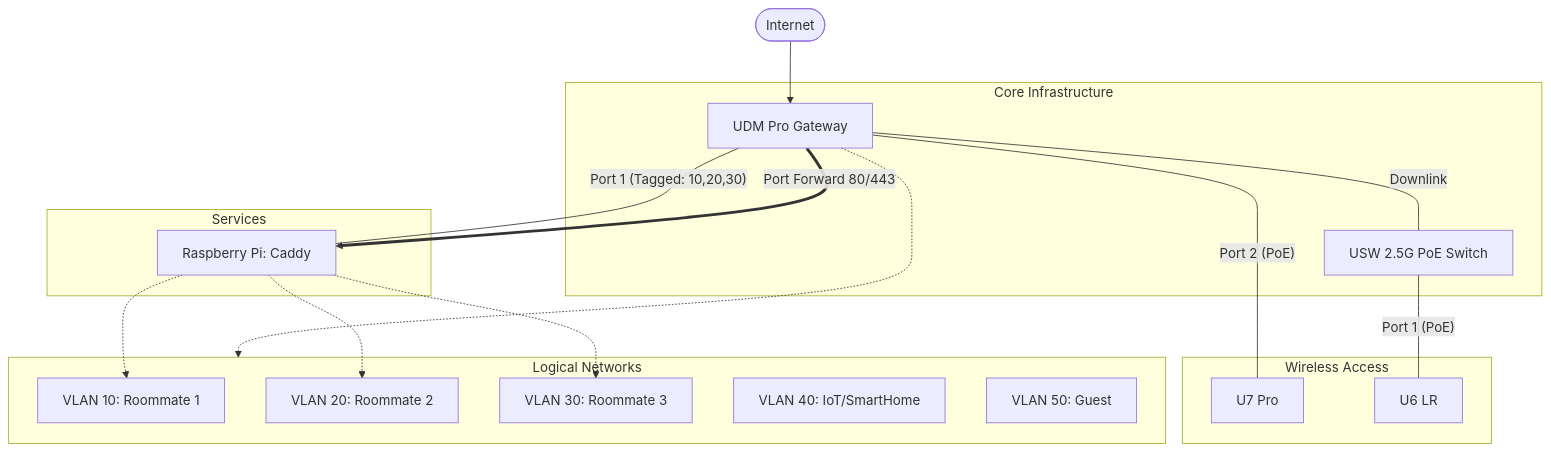
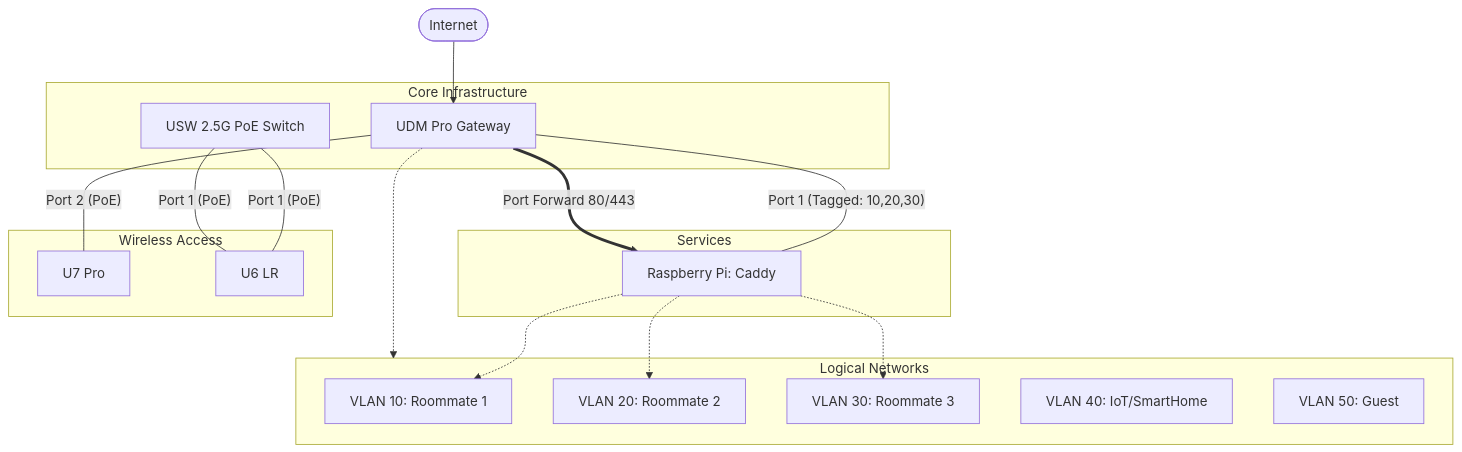
The diagram in README.md (cthul00/homelab-net), drawn with Mermaid before and after one commit.

Commit message:
docs: manual updates to network topology

````diff
--- a/README.md
+++ b/README.md
@@ -6,46 +6,46 @@
 ```mermaid
 graph TD
     %% Internet Connection
     WAN([Internet]) --> UDM
 
     subgraph Core ["Core Infrastructure"]
         UDM[UDM Pro Gateway]
         USW[USW 2.5G PoE Switch]
     end
 
-    %% Physical Connections from UDM
+    %% Physical Connections
     UDM -- "Port 1 (Tagged: 10,20,30)" --- Caddy
     UDM -- "Port 2 (PoE)" --- U7
-    UDM -- "Downlink" --- USW
+    USW -- "Port 1 (PoE)" --- U6
 
     subgraph Services ["Services"]
         Caddy[Raspberry Pi: Caddy]
     end
 
     subgraph Wireless ["Wireless Access"]
         U7[U7 Pro]
         U6[U6 LR]
     end
 
     %% Connection from Switch
     USW -- "Port 1 (PoE)" --- U6
 
     subgraph VLANs ["Logical Networks"]
         V10[VLAN 10: Roommate 1]
         V20[VLAN 20: Roommate 2]
         V30[VLAN 30: Roommate 3]
         V40[VLAN 40: IoT/SmartHome]
         V50[VLAN 50: Guest]
     end
 
     %% Logical Routing flow
     UDM -.-> VLANs
     
     %% Caddy's logical access
     Caddy -.-> V10
     Caddy -.-> V20
     Caddy -.-> V30
 
     %% Traffic Rules
     UDM == "Port Forward 80/443" ==> Caddy
 ```
````
